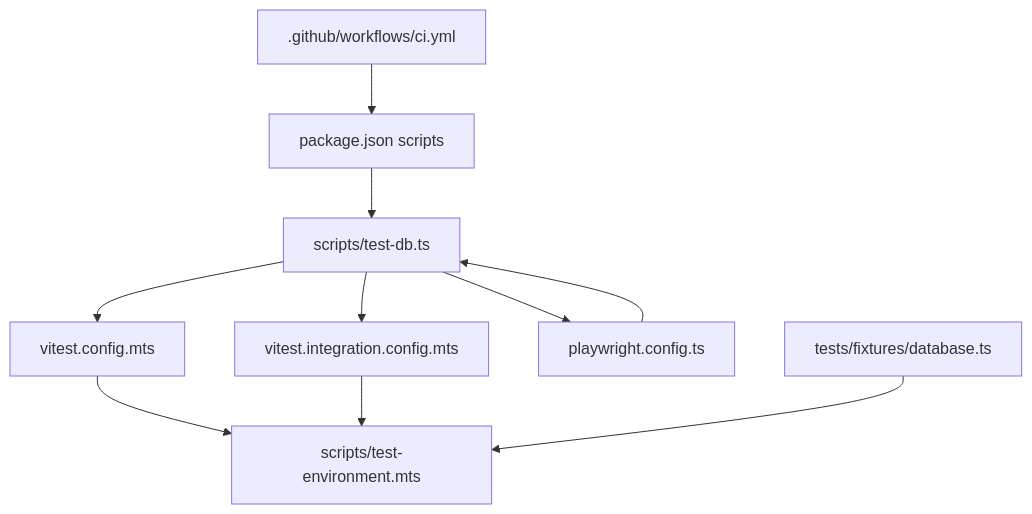
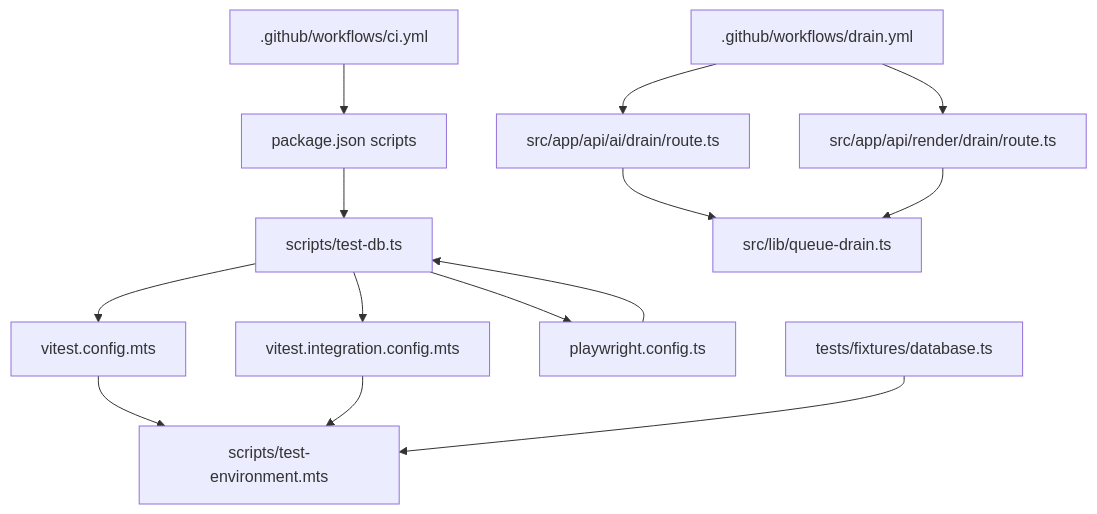
Diagram 11 of 11 in .qoder/repowiki/en/content/Deployment & Operations/CI_CD Pipeline & Automated Testing.md (Crowdspender/titchybooks-app), drawn with Mermaid before and after one commit. The commit also changed other lines of this file and 13 other files, not shown here.

````diff
--- a/.qoder/repowiki/en/content/Deployment & Operations/CI_CD Pipeline & Automated Testing.md
+++ b/.qoder/repowiki/en/content/Deployment & Operations/CI_CD Pipeline & Automated Testing.md
@@ -273,20 +372,28 @@
 ```mermaid
 graph TB
 CI[".github/workflows/ci.yml"]
+DRAIN[".github/workflows/drain.yml"]
 PKG["package.json scripts"]
 TDB["scripts/test-db.ts"]
 TENV["scripts/test-environment.mts"]
 VU["vitest.config.mts"]
 VI["vitest.integration.config.mts"]
 PW["playwright.config.ts"]
 FIX["tests/fixtures/database.ts"]
+AIDRAIN["src/app/api/ai/drain/route.ts"]
+RENDERDRAIN["src/app/api/render/drain/route.ts"]
+QDRAIN["src/lib/queue-drain.ts"]
 CI --> PKG
+DRAIN --> AIDRAIN
+DRAIN --> RENDERDRAIN
+AIDRAIN --> QDRAIN
+RENDERDRAIN --> QDRAIN
 PKG --> TDB
 TDB --> VU
 TDB --> VI
 TDB --> PW
 PW --> TDB
 VU --> TENV
 VI --> TENV
 FIX --> TENV
 ```
````
